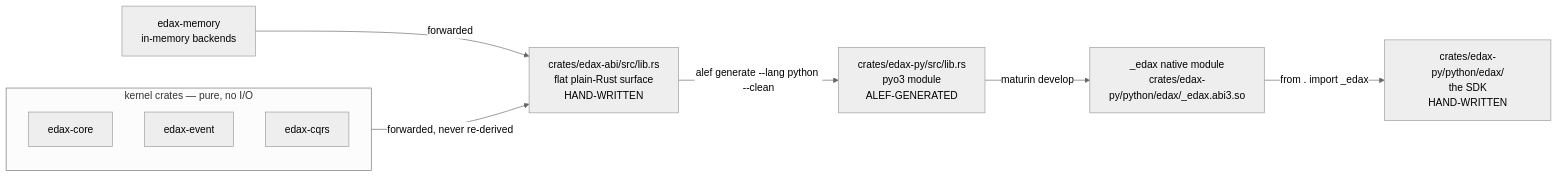
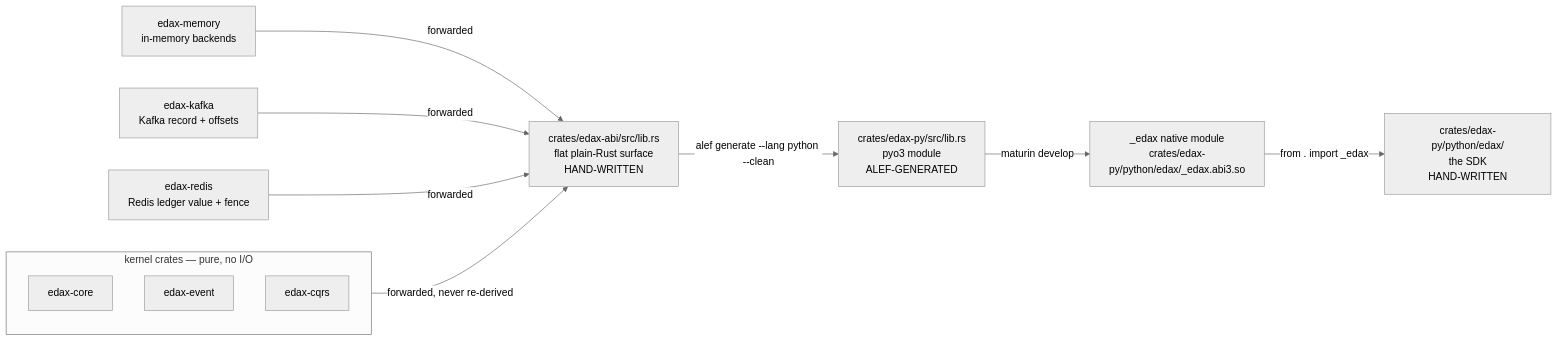
Before and after one commit to haskian/edax: the third of 3 diagrams in docs/guides/getting-started.md, drawn with Mermaid (neutral theme). The commit also changed other lines of this file and 15 other files, not shown here.

First line of the commit message:
docs: per-tech kernel crates, Kafka headers, serializer registry, record middleware

````diff
--- a/docs/guides/getting-started.md
+++ b/docs/guides/getting-started.md
@@ -285,20 +286,24 @@
 ```mermaid
 flowchart LR
     subgraph kernels["kernel crates — pure, no I/O"]
         direction TB
         K1["edax-core"]
         K2["edax-event"]
         K3["edax-cqrs"]
     end
     MEM["edax-memory<br/>in-memory backends"]
+    KAF["edax-kafka<br/>Kafka record + offsets"]
+    RED["edax-redis<br/>Redis ledger value + fence"]
     ABI["crates/edax-abi/src/lib.rs<br/>flat plain-Rust surface<br/>HAND-WRITTEN"]
     GEN["crates/edax-py/src/lib.rs<br/>pyo3 module<br/>ALEF-GENERATED"]
     SO["_edax native module<br/>crates/edax-py/python/edax/_edax.abi3.so"]
     PKG["crates/edax-py/python/edax/<br/>the SDK<br/>HAND-WRITTEN"]
 
     kernels -->|"forwarded, never re-derived"| ABI
     MEM -->|"forwarded"| ABI
+    KAF -->|"forwarded"| ABI
+    RED -->|"forwarded"| ABI
     ABI -->|"alef generate --lang python --clean"| GEN
     GEN -->|"maturin develop"| SO
     SO -->|"from . import _edax"| PKG
 ```
````
